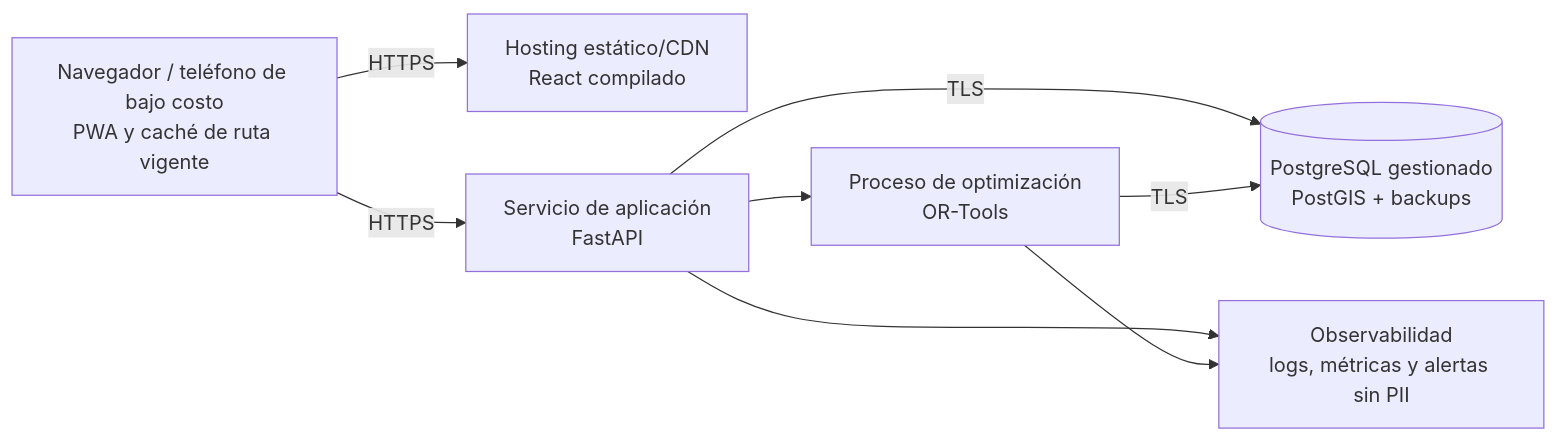
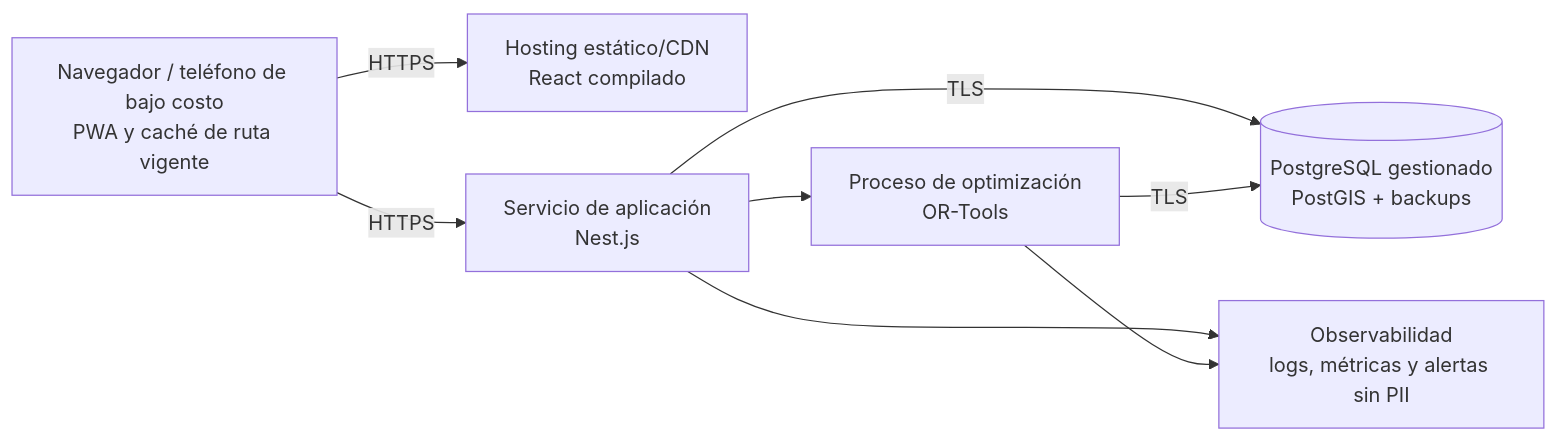
The fifth of 5 diagrams in docs/01 Inicio/12. Modelo C4 V_1_0_0.md (alexito-dev/EcoLogistica), drawn with Mermaid before and after one commit. The commit also changed other lines of this file and 6 other files, not shown here.

Commit message:
docs(architecture): adopt Next Nest and Python optimizer

````diff
--- a/docs/01 Inicio/12. Modelo C4 V_1_0_0.md
+++ b/docs/01 Inicio/12. Modelo C4 V_1_0_0.md
@@ -179,17 +179,17 @@
 ```mermaid
 flowchart LR
     device["Navegador / teléfono de bajo costo<br/>PWA y caché de ruta vigente"]
     edge["Hosting estático/CDN<br/>React compilado"]
-    app["Servicio de aplicación<br/>FastAPI"]
+    app["Servicio de aplicación<br/>Nest.js"]
     job["Proceso de optimización<br/>OR-Tools"]
     data[("PostgreSQL gestionado<br/>PostGIS + backups")]
     obs["Observabilidad<br/>logs, métricas y alertas sin PII"]
 
     device -->|"HTTPS"| edge
     device -->|"HTTPS"| app
     app --> job
     app -->|"TLS"| data
     job -->|"TLS"| data
     app --> obs
     job --> obs
 ```
````
